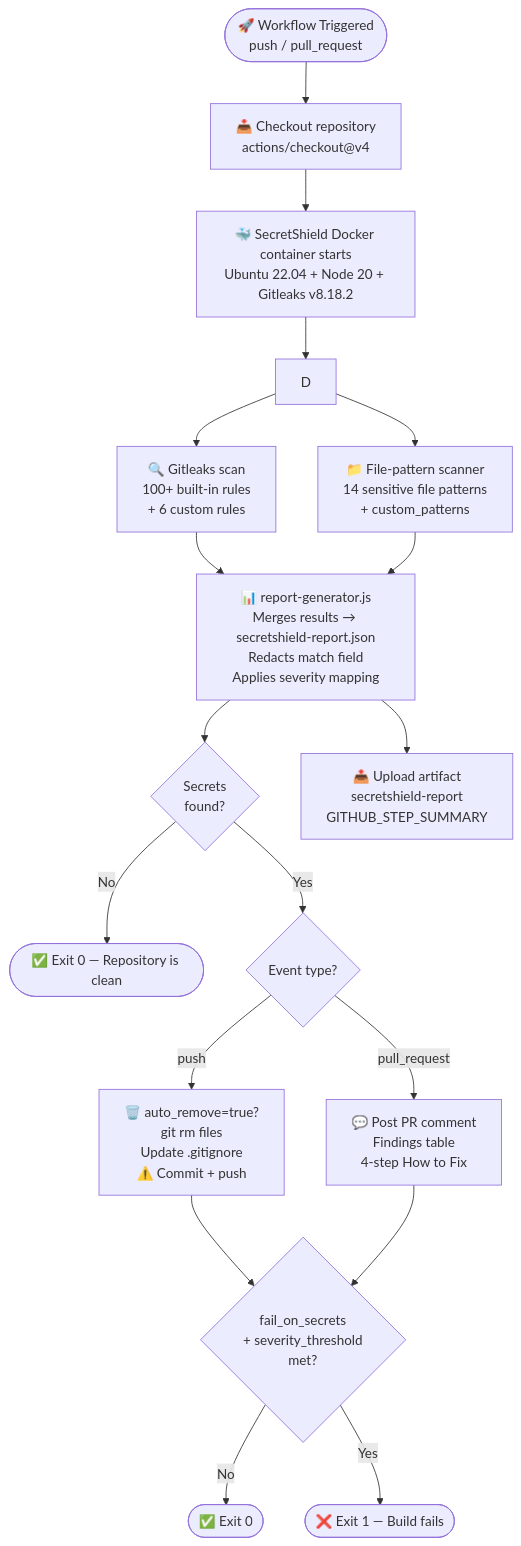
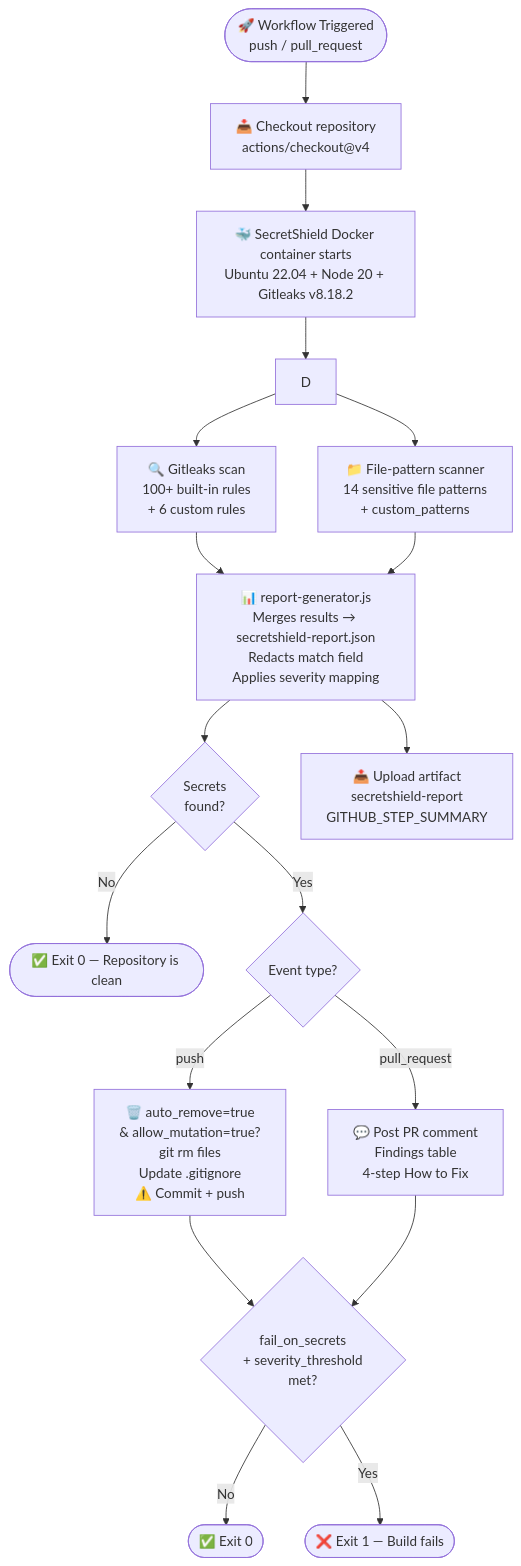
Before and after one commit to SKKammar/SecretShield: the diagram in README.md, drawn with Mermaid. The commit also changed other lines of this file, not shown here.

Commit message:
docs: document allow_mutation and update flow diagram

````diff
--- a/README.md
+++ b/README.md
@@ -130,33 +131,33 @@
 ```mermaid
 flowchart TD
     A([🚀 Workflow Triggered\npush / pull_request]) --> B
 
     B[📥 Checkout repository\nactions/checkout@v4] --> C
 
     C[🐳 SecretShield Docker container starts\nUbuntu 22.04 + Node 20 + Gitleaks v8.18.2] --> D
 
     D --> D1[🔍 Gitleaks scan\n100+ built-in rules\n+ 6 custom rules]
     D --> D2[📁 File-pattern scanner\n14 sensitive file patterns\n+ custom_patterns]
 
     D1 --> E
     D2 --> E
 
     E[📊 report-generator.js\nMerges results → secretshield-report.json\nRedacts match field\nApplies severity mapping] --> F
 
     F{Secrets\nfound?}
 
     F -- No --> G([✅ Exit 0 — Repository is clean])
 
     F -- Yes --> H{Event type?}
 
-    H -- push --> I[🗑️ auto_remove=true?\ngit rm files\nUpdate .gitignore\n⚠️ Commit + push]
+    H -- push --> I[🗑️ auto_remove=true\n& allow_mutation=true?\ngit rm files\nUpdate .gitignore\n⚠️ Commit + push]
     H -- pull_request --> J[💬 Post PR comment\nFindings table\n4-step How to Fix]
 
     I --> K{fail_on_secrets\n+ severity_threshold\nmet?}
     J --> K
 
     K -- No --> L([✅ Exit 0])
     K -- Yes --> M([❌ Exit 1 — Build fails])
 
     E --> N[📤 Upload artifact\nsecretshield-report\nGITHUB_STEP_SUMMARY]
 ```
````
